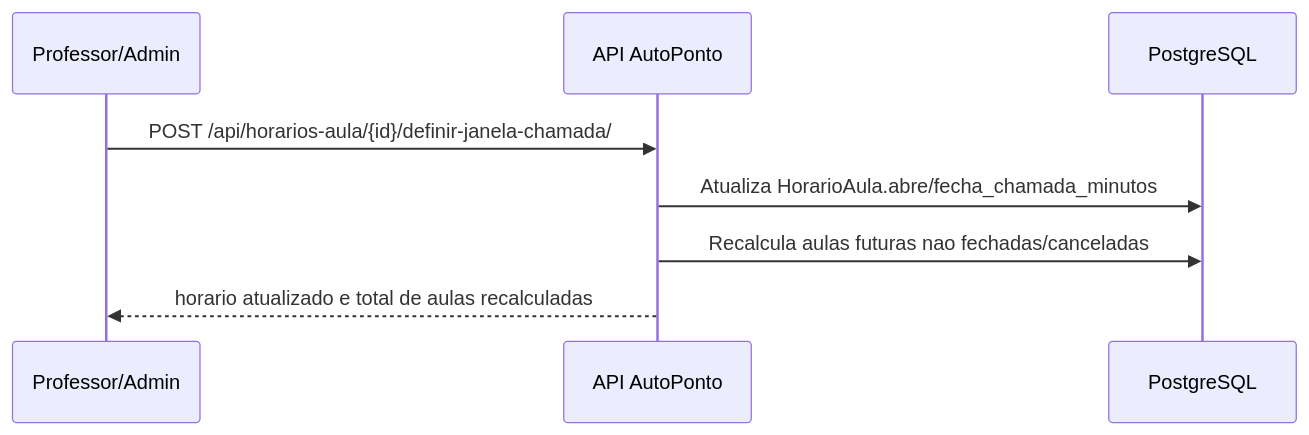
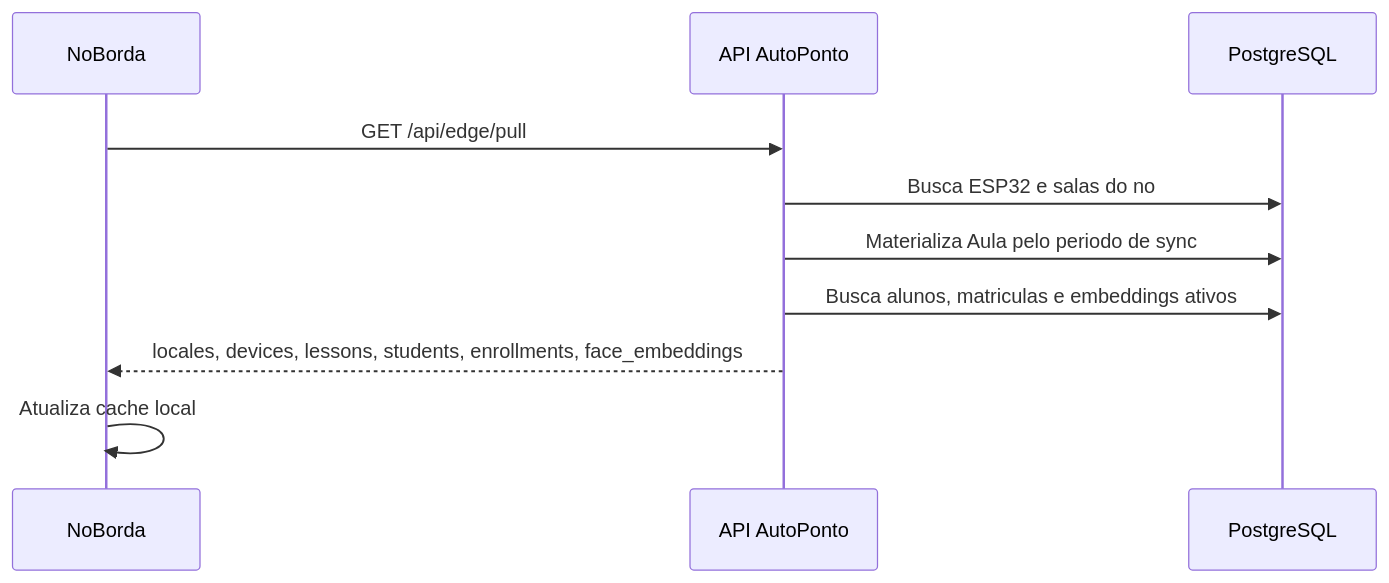
One commit to DanielKGM/autoponto changed the fourth of 11 diagrams in autoponto-backend/docs/diagramas-tcc.md. Above: the diagram before and after it, drawn with Mermaid. The commit also changed other lines of this file and 42 other files, not shown here.

````diff
--- a/autoponto-backend/docs/diagramas-tcc.md
+++ b/autoponto-backend/docs/diagramas-tcc.md
@@ -176,11 +86,13 @@
 ```mermaid
 sequenceDiagram
-    participant Admin as Professor/Admin
+    participant Edge as NoBorda
     participant API as API AutoPonto
     participant DB as PostgreSQL
 
-    Admin->>API: POST /api/horarios-aula/{id}/definir-janela-chamada/
-    API->>DB: Atualiza HorarioAula.abre/fecha_chamada_minutos
-    API->>DB: Recalcula aulas futuras nao fechadas/canceladas
-    API-->>Admin: horario atualizado e total de aulas recalculadas
+    Edge->>API: GET /api/edge/pull
+    API->>DB: Busca ESP32 e salas do no
+    API->>DB: Materializa Aula pelo periodo de sync
+    API->>DB: Busca alunos, matriculas e embeddings ativos
+    API-->>Edge: locales, devices, lessons, students, enrollments, face_embeddings
+    Edge->>Edge: Atualiza cache local
 ```
````
